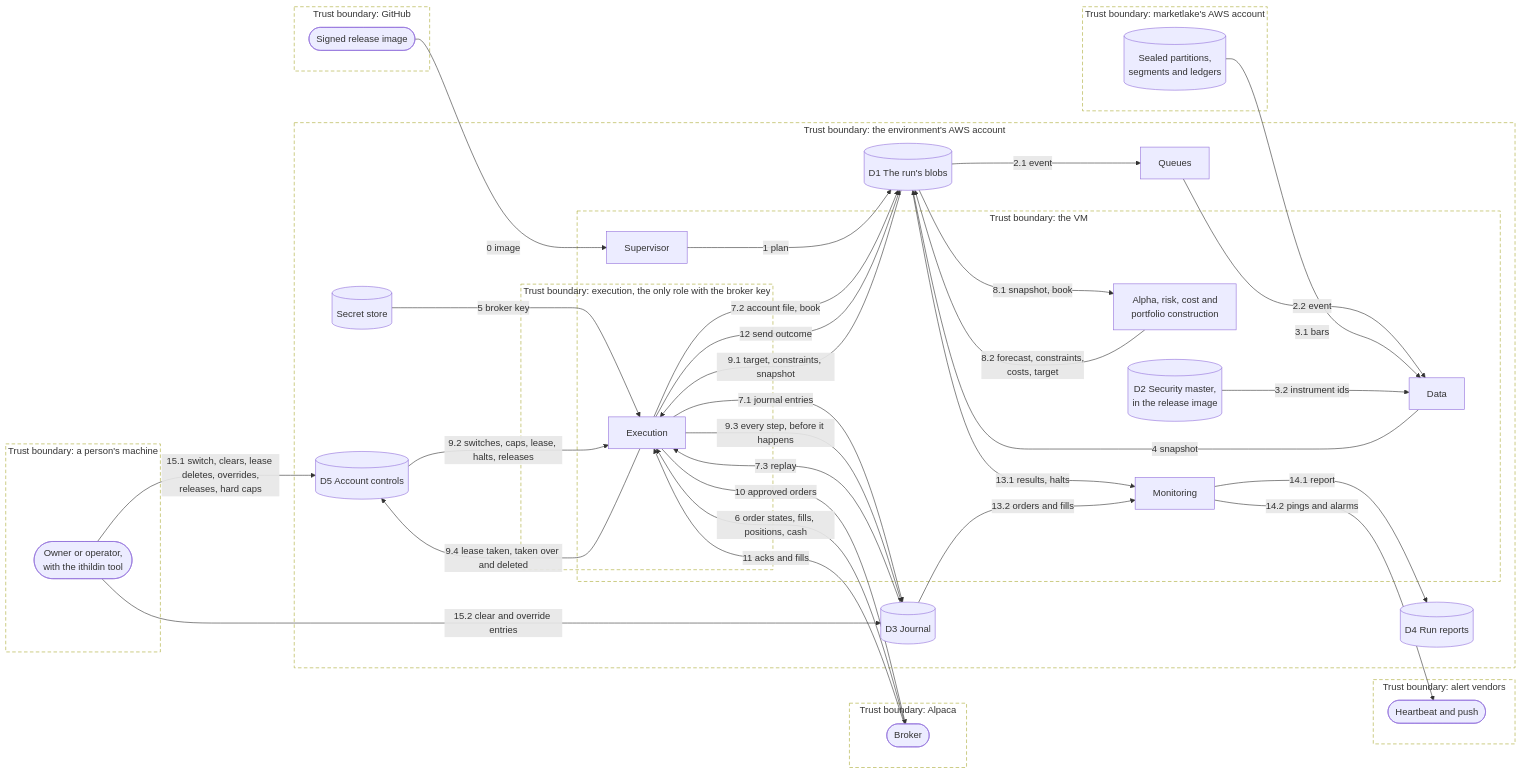
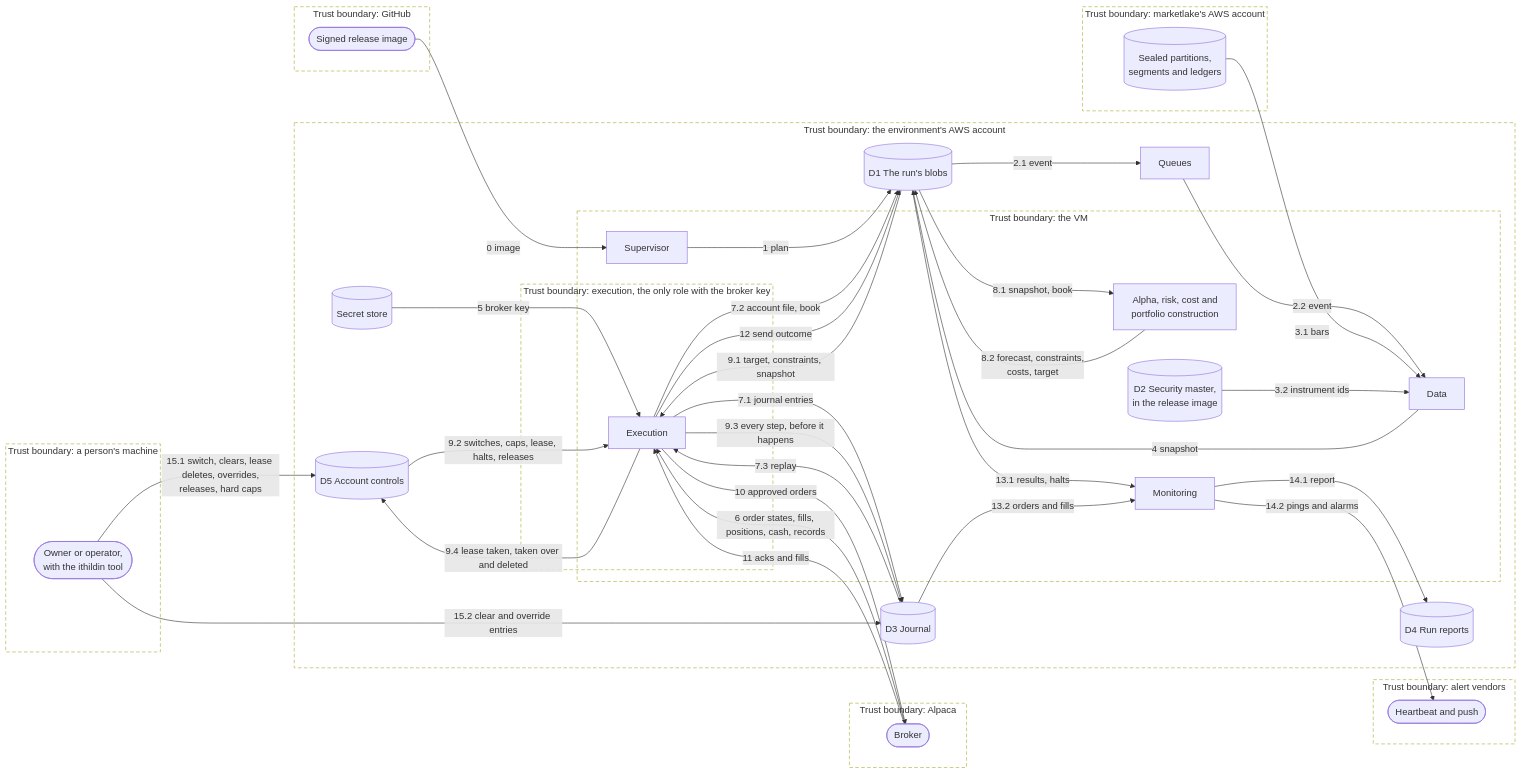
Before and after one commit to l3a0/ithildin-runtime: diagram 12 of 33 in docs/architecture.md, drawn with Mermaid. The commit also changed other lines of this file and 2 other files, not shown here.

````diff
--- a/docs/architecture.md
+++ b/docs/architecture.md
@@ -682,67 +682,67 @@
 ```mermaid
 flowchart LR
     subgraph tb_person["Trust boundary: a person's machine"]
         person(["Owner or operator,<br/>with the ithildin tool"])
     end
     subgraph tb_github["Trust boundary: GitHub"]
         registry(["Signed release image"])
     end
     subgraph tb_marketlake["Trust boundary: marketlake's AWS account"]
         lake[("Sealed partitions,<br/>segments and ledgers")]
     end
     subgraph tb_broker["Trust boundary: Alpaca"]
         brokerx(["Broker"])
     end
     subgraph tb_alert["Trust boundary: alert vendors"]
         alert(["Heartbeat and push"])
     end
     subgraph tb_account["Trust boundary: the environment's AWS account"]
         subgraph tb_vm["Trust boundary: the VM"]
             sup["Supervisor"]
             data["Data"]
             models["Alpha, risk, cost and<br/>portfolio construction"]
             mon["Monitoring"]
             d2[("D2 Security master,<br/>in the release image")]
             subgraph tb_exec["Trust boundary: execution, the only role with the broker key"]
                 exec["Execution"]
             end
         end
         queue["Queues"]
         secret[("Secret store")]
         d1[("D1 The run's blobs")]
         d3[("D3 Journal")]
         d4[("D4 Run reports")]
         d5[("D5 Account controls")]
     end
 
     registry -->|"0 image"| sup
     sup -->|"1 plan"| d1
     d1 -->|"2.1 event"| queue
     queue -->|"2.2 event"| data
     lake -->|"3.1 bars"| data
     d2 -->|"3.2 instrument ids"| data
     data -->|"4 snapshot"| d1
     secret -->|"5 broker key"| exec
-    brokerx -->|"6 order states, fills, positions, cash"| exec
+    brokerx -->|"6 order states, fills, positions, cash, records"| exec
     exec -->|"7.1 journal entries"| d3
     exec -->|"7.2 account file, book"| d1
     d3 -->|"7.3 replay"| exec
     d1 -->|"8.1 snapshot, book"| models
     models -->|"8.2 forecast, constraints,<br/>costs, target"| d1
     d1 -->|"9.1 target, constraints, snapshot"| exec
     d5 -->|"9.2 switches, caps, lease, halts, releases"| exec
     exec -->|"9.3 every step, before it happens"| d3
     exec -->|"9.4 lease taken, taken over and deleted"| d5
     exec -->|"10 approved orders"| brokerx
     brokerx -->|"11 acks and fills"| exec
     exec -->|"12 send outcome"| d1
     d1 -->|"13.1 results, halts"| mon
     d3 -->|"13.2 orders and fills"| mon
     mon -->|"14.1 report"| d4
     mon -->|"14.2 pings and alarms"| alert
     person -->|"15.1 switch, clears, lease deletes, overrides,<br/>releases, hard caps"| d5
     person -->|"15.2 clear and override entries"| d3
 
     classDef boundary fill:none,stroke-dasharray:6 4
     class tb_person,tb_github,tb_marketlake,tb_broker,tb_alert,tb_account,tb_vm,tb_exec boundary
 ```
````
